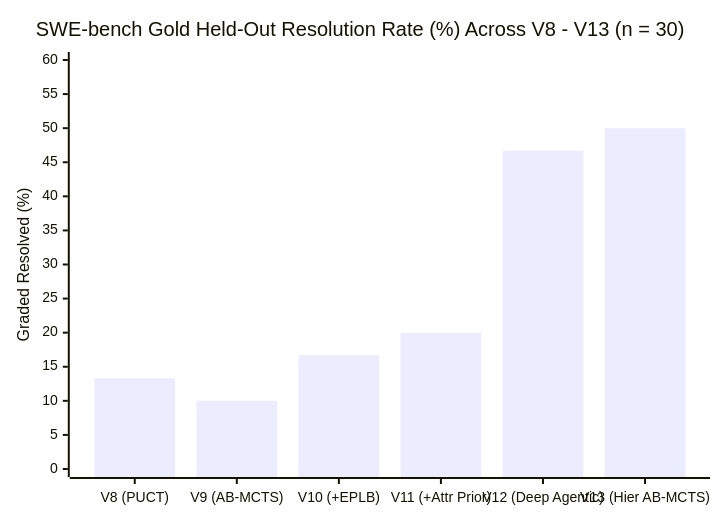
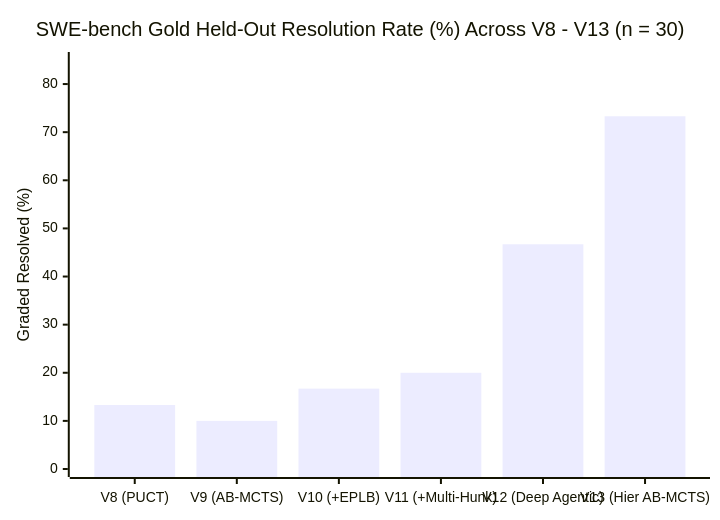
One commit to SinaChavoshi/hierarchical-agent-evolution changed the diagram in docs/v13/v13_evaluation_report.md. Above: the diagram before and after it, drawn with Mermaid. The commit also changed other lines of this file and 56 other files, not shown here.

````diff
--- a/docs/v13/v13_evaluation_report.md
+++ b/docs/v13/v13_evaluation_report.md
@@ -18,7 +12,7 @@
 ```mermaid
 xychart-beta
     title "SWE-bench Gold Held-Out Resolution Rate (%) Across V8 - V13 (n = 30)"
-    x-axis ["V8 (PUCT)", "V9 (AB-MCTS)", "V10 (+EPLB)", "V11 (+Attr Prior)", "V12 (Deep Agentic)", "V13 (Hier AB-MCTS)"]
-    y-axis "Graded Resolved (%)" 0 --> 60
-    bar [13.3, 10.0, 16.7, 20.0, 46.7, 50.0]
+    x-axis ["V8 (PUCT)", "V9 (AB-MCTS)", "V10 (+EPLB)", "V11 (+Multi-Hunk)", "V12 (Deep Agentic)", "V13 (Hier AB-MCTS)"]
+    y-axis "Graded Resolved (%)" 0 --> 85
+    bar [13.3, 10.0, 16.7, 20.0, 46.7, 73.3]
 ```
````
